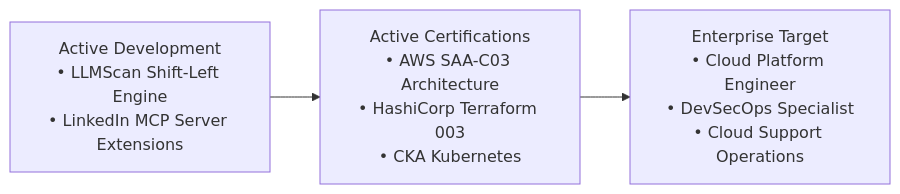
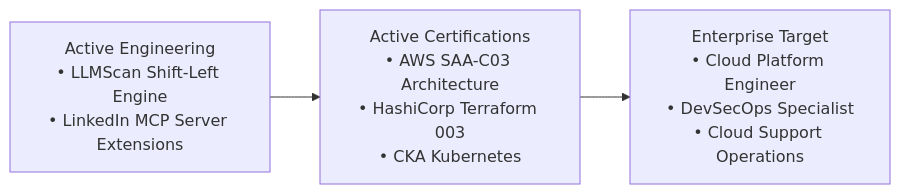
One commit to 3XCeptional/3XCeptional changed the diagram in README.md. Above: the diagram before and after it, drawn with Mermaid. The commit also changed other lines of this file, not shown here.

````diff
--- a/README.md
+++ b/README.md
@@ -50,5 +50,5 @@
 ```mermaid
 flowchart LR
-    A["Active Development<br/>• LLMScan Shift-Left Engine<br/>• LinkedIn MCP Server Extensions"] --> B["Active Certifications<br/>• AWS SAA-C03 Architecture<br/>• HashiCorp Terraform 003<br/>• CKA Kubernetes"]
+    A["Active Engineering<br/>• LLMScan Shift-Left Engine<br/>• LinkedIn MCP Server Extensions"] --> B["Active Certifications<br/>• AWS SAA-C03 Architecture<br/>• HashiCorp Terraform 003<br/>• CKA Kubernetes"]
     B --> C["Enterprise Target<br/>• Cloud Platform Engineer<br/>• DevSecOps Specialist<br/>• Cloud Support Operations"]
 ```
````
